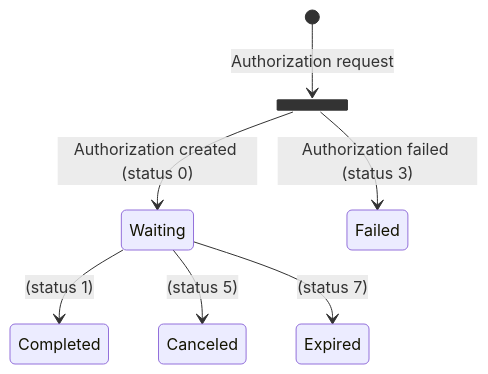
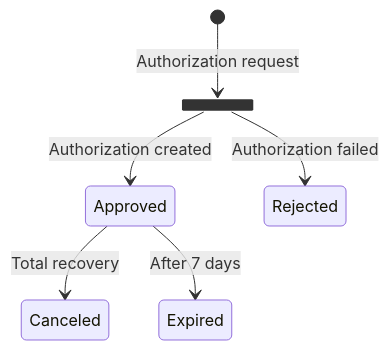
The second of 6 diagrams in docs/usecases/cards/operations/OnlineCardOperations.md (pomme-clic/s-money-documentation), drawn with Mermaid before and after one commit. The commit also changed other lines of this file, not shown here.

````diff
--- a/docs/usecases/cards/operations/OnlineCardOperations.md
+++ b/docs/usecases/cards/operations/OnlineCardOperations.md
@@ -201,10 +53,10 @@
 ```mermaid
 stateDiagram-v2
  state fork_state <<fork>>
       [*] --> fork_state: Authorization request
-      fork_state --> Waiting: Authorization created (status 0)
-      fork_state --> Failed: Authorization failed (status 3)
-    Waiting --> Completed :(status 1)
-    Waiting --> Canceled :(status 5)
-       Waiting--> Expired :(status 7)
+      fork_state --> Approved: Authorization created
+      fork_state --> Rejected: Authorization failed
+    Approved --> Canceled : Total recovery
+    Approved--> Expired : After 7 days
+
 ```
````
